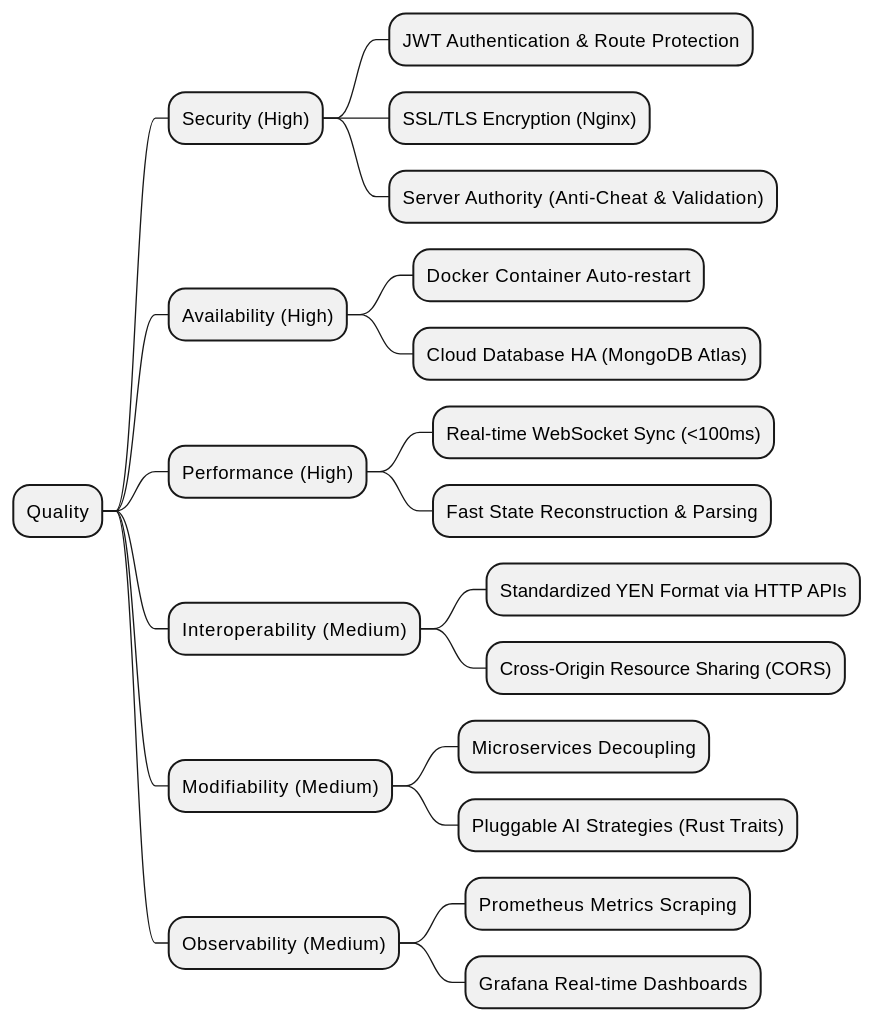
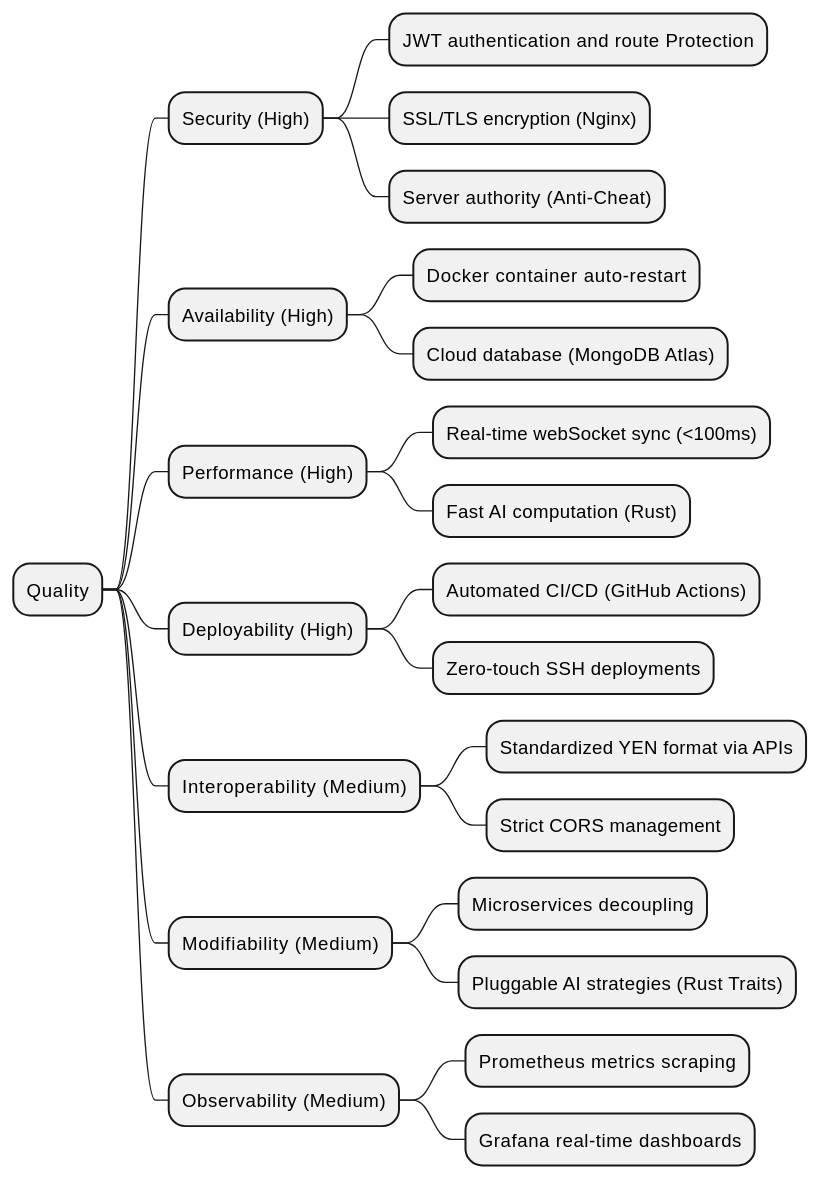
The diagram in docs/src/10_quality_requirements.adoc (Arquisoft/yovi_es1a), drawn with PlantUML before and after one commit. The commit also changed other lines of this file and 4 other files, not shown here.

```diff
--- a/docs/src/10_quality_requirements.adoc
+++ b/docs/src/10_quality_requirements.adoc
@@ -31,25 +16,28 @@
 [plantuml]
 ....
 @startmindmap
 * Quality
 ** Security (High)
-*** JWT Authentication & Route Protection
-*** SSL/TLS Encryption (Nginx)
-*** Server Authority (Anti-Cheat & Validation)
+*** JWT authentication and route Protection
+*** SSL/TLS encryption (Nginx)
+*** Server authority (Anti-Cheat)
 ** Availability (High)
-*** Docker Container Auto-restart
-*** Cloud Database HA (MongoDB Atlas)
+*** Docker container auto-restart
+*** Cloud database (MongoDB Atlas)
 ** Performance (High)
-*** Real-time WebSocket Sync (<100ms)
-*** Fast State Reconstruction & Parsing
+*** Real-time webSocket sync (<100ms)
+*** Fast AI computation (Rust)
+** Deployability (High)
+*** Automated CI/CD (GitHub Actions)
+*** Zero-touch SSH deployments
 ** Interoperability (Medium)
-*** Standardized YEN Format via HTTP APIs
-*** Cross-Origin Resource Sharing (CORS)
+*** Standardized YEN format via APIs
+*** Strict CORS management
 ** Modifiability (Medium)
-*** Microservices Decoupling
-*** Pluggable AI Strategies (Rust Traits)
+*** Microservices decoupling
+*** Pluggable AI strategies (Rust Traits)
 ** Observability (Medium)
-*** Prometheus Metrics Scraping
-*** Grafana Real-time Dashboards
+*** Prometheus metrics scraping
+*** Grafana real-time dashboards
 @endmindmap
 ....
```
